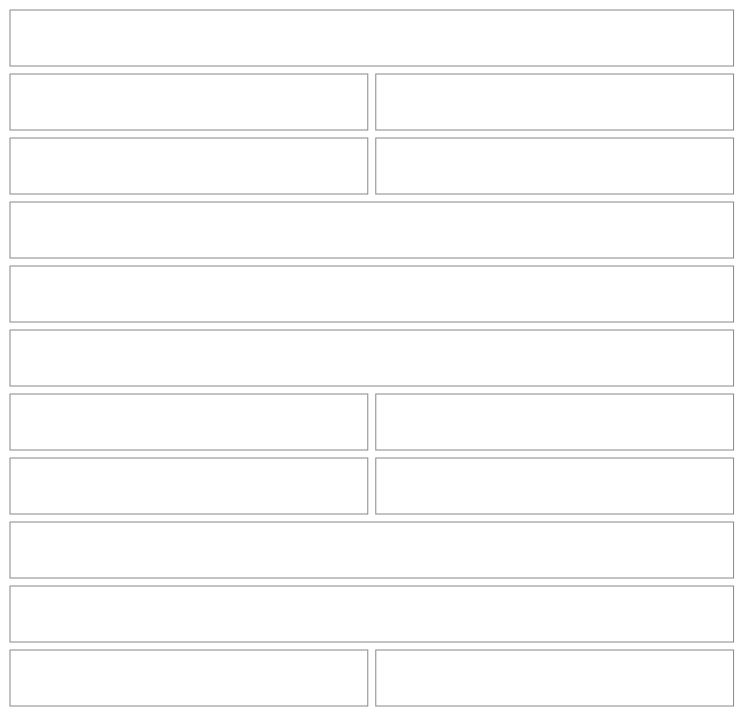
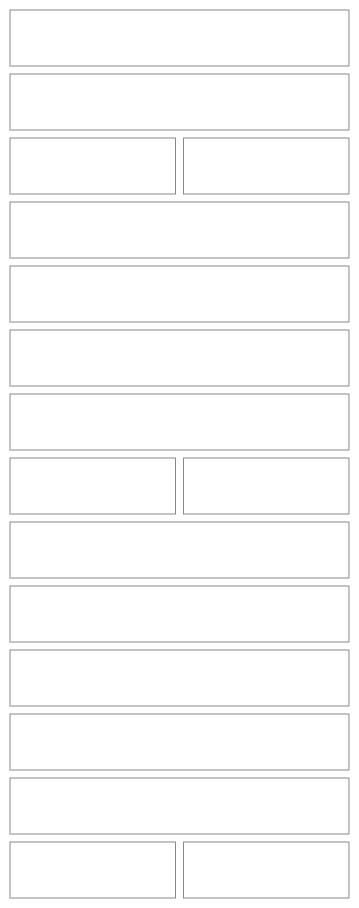
Before and after one commit to NovaMoonX/moondreams-dev-apps: diagram 14 of 31 in src/apps/pinch/UX.md, drawn with Mermaid. The commit also changed other lines of this file and 206 other files, not shown here.

````diff
--- a/src/apps/pinch/UX.md
+++ b/src/apps/pinch/UX.md
@@ -332,37 +434,39 @@
 ```mermaid
 %%{init: {'theme': 'base', 'themeVariables': {'primaryColor': 'transparent', 'primaryBorderColor': '#888888', 'primaryTextColor': '#333333', 'lineColor': '#888888'}}}%%
 block-beta
   columns 2
-  E1["‹ Recipe"]:2
-  E2["📷 Have a recipe on paper or a screenshot?"]:1
-  E3["Upload"]:1
-  E4["📝 Copied one from a chat?"]:1
-  E5["Paste"]:1
-  E6["Title<br/>Adobo chicken"]:2
-  E7["Servings<br/>[ − 4 + ]"]:2
-  E8["Ingredients"]:2
-  E9["🍗 Chicken thighs"]:1
-  E10["2 lb"]:1
-  E11["🥫 Soy sauce"]:1
-  E12["¼ cup"]:1
-  E13["+ Add ingredient"]:2
-  E14["+ Steps   + Description   + Times   + Cover photo   + My own nutrition"]:2
-  E15["Cancel"]:1
-  E16["Save"]:1
+  E1["‹ Adobo chicken"]:2
+  E2["Title<br/>Adobo chicken  ›"]:2
+  E3["Servings"]:1
+  E4["[ − 4 + ]"]:1
+  E5["Prep and cook<br/>Prep 10 min · Cook 35 min  ›"]:2
+  E6["Photo"]:2
+  E7["Description<br/>Sticky, tangy chicken thighs…  ›"]:2
+  E9["INGREDIENTS 6"]:2
+  E10["Chicken thighs"]:1
+  E11["2 lb"]:1
+  E12["+ Add ingredient"]:2
+  E13["STEPS"]:2
+  E14["+ Add a step"]:2
+  E15["NUTRITION · calculated, per serving   Edit"]:2
+  E16["🔥 495 · 💪 61g · 🌾 3g · 🥑 25g"]:2
+  E17["Cancel"]:1
+  E18["Save"]:1
   style E1 fill:transparent,stroke:#888888,stroke-width:1px;
   style E2 fill:transparent,stroke:#888888,stroke-width:1px;
   style E3 fill:transparent,stroke:#888888,stroke-width:1px;
   style E4 fill:transparent,stroke:#888888,stroke-width:1px;
   style E5 fill:transparent,stroke:#888888,stroke-width:1px;
   style E6 fill:transparent,stroke:#888888,stroke-width:1px;
   style E7 fill:transparent,stroke:#888888,stroke-width:1px;
-  style E8 fill:transparent,stroke:#888888,stroke-width:1px;
   style E9 fill:transparent,stroke:#888888,stroke-width:1px;
   style E10 fill:transparent,stroke:#888888,stroke-width:1px;
   style E11 fill:transparent,stroke:#888888,stroke-width:1px;
   style E12 fill:transparent,stroke:#888888,stroke-width:1px;
   style E13 fill:transparent,stroke:#888888,stroke-width:1px;
   style E14 fill:transparent,stroke:#888888,stroke-width:1px;
   style E15 fill:transparent,stroke:#888888,stroke-width:1px;
   style E16 fill:transparent,stroke:#888888,stroke-width:1px;
+  style E17 fill:transparent,stroke:#888888,stroke-width:1px;
+  style E18 fill:transparent,stroke:#888888,stroke-width:1px;
 ```
````
